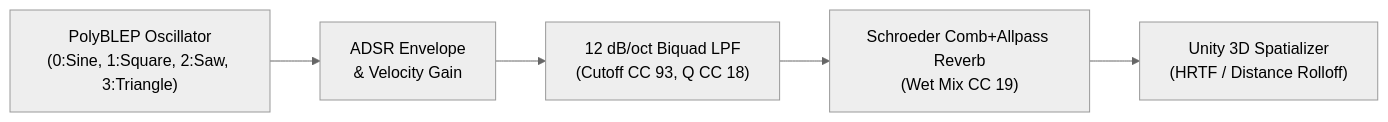
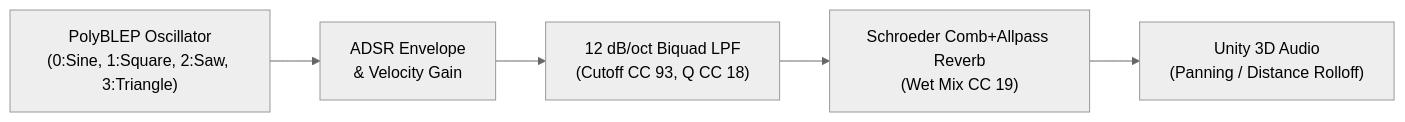
One commit to pedro-lucas-bravo/spatialmas_unity changed the diagram in docs/SCENARIOS_AND_AUDIO.md. Above: the diagram before and after it, drawn with Mermaid (neutral theme). The commit also changed other lines of this file and 60 other files, not shown here.

````diff
--- a/docs/SCENARIOS_AND_AUDIO.md
+++ b/docs/SCENARIOS_AND_AUDIO.md
@@ -8,7 +8,7 @@
 ```mermaid
 flowchart LR
     Osc["PolyBLEP Oscillator\n(0:Sine, 1:Square, 2:Saw, 3:Triangle)"] --> Env["ADSR Envelope\n& Velocity Gain"]
     Env --> LPF["12 dB/oct Biquad LPF\n(Cutoff CC 93, Q CC 18)"]
     LPF --> Rev["Schroeder Comb+Allpass Reverb\n(Wet Mix CC 19)"]
-    Rev --> Spat["Unity 3D Spatializer\n(HRTF / Distance Rolloff)"]
+    Rev --> Spat["Unity 3D Audio\n(Panning / Distance Rolloff)"]
 ```
````
